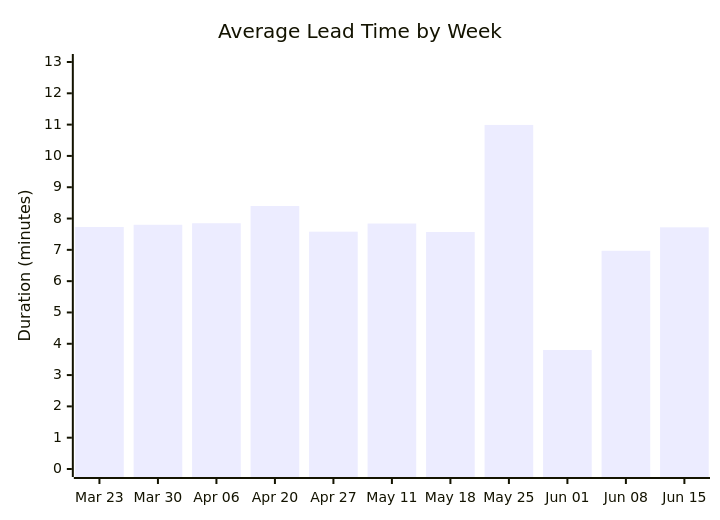
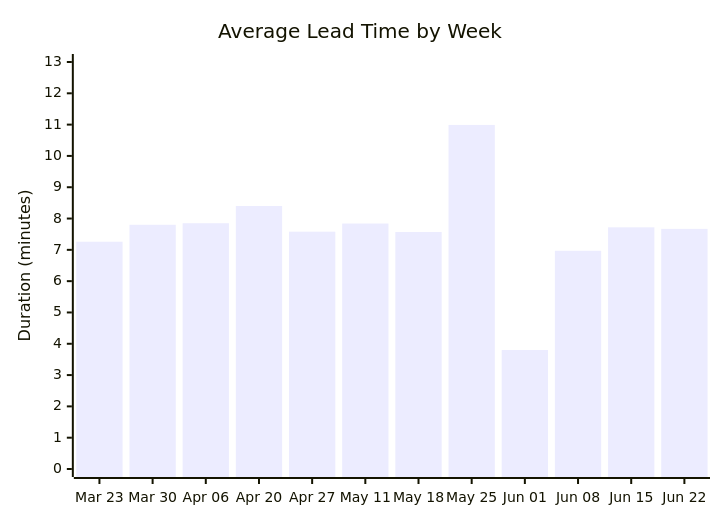
Before and after one commit to ukma-cs-ssdm-2025/rate-ukma: the second of 4 diagrams in docs/ci-cd/dora-summary.md, drawn with Mermaid. The commit also changed other lines of this file, not shown here.

````diff
--- a/docs/ci-cd/dora-summary.md
+++ b/docs/ci-cd/dora-summary.md
@@ -30,7 +30,7 @@
 ```mermaid
 xychart-beta
     title "Average Lead Time by Week"
-    x-axis ["Mar 23", "Mar 30", "Apr 06", "Apr 20", "Apr 27", "May 11", "May 18", "May 25", "Jun 01", "Jun 08", "Jun 15"]
+    x-axis ["Mar 23", "Mar 30", "Apr 06", "Apr 20", "Apr 27", "May 11", "May 18", "May 25", "Jun 01", "Jun 08", "Jun 15", "Jun 22"]
     y-axis "Duration (minutes)" 0 --> 13
-    bar [7.73, 7.80, 7.85, 8.40, 7.58, 7.84, 7.57, 10.99, 3.80, 6.97, 7.72]
+    bar [7.26, 7.80, 7.85, 8.40, 7.58, 7.84, 7.57, 10.99, 3.80, 6.97, 7.72, 7.67]
 ```
````
